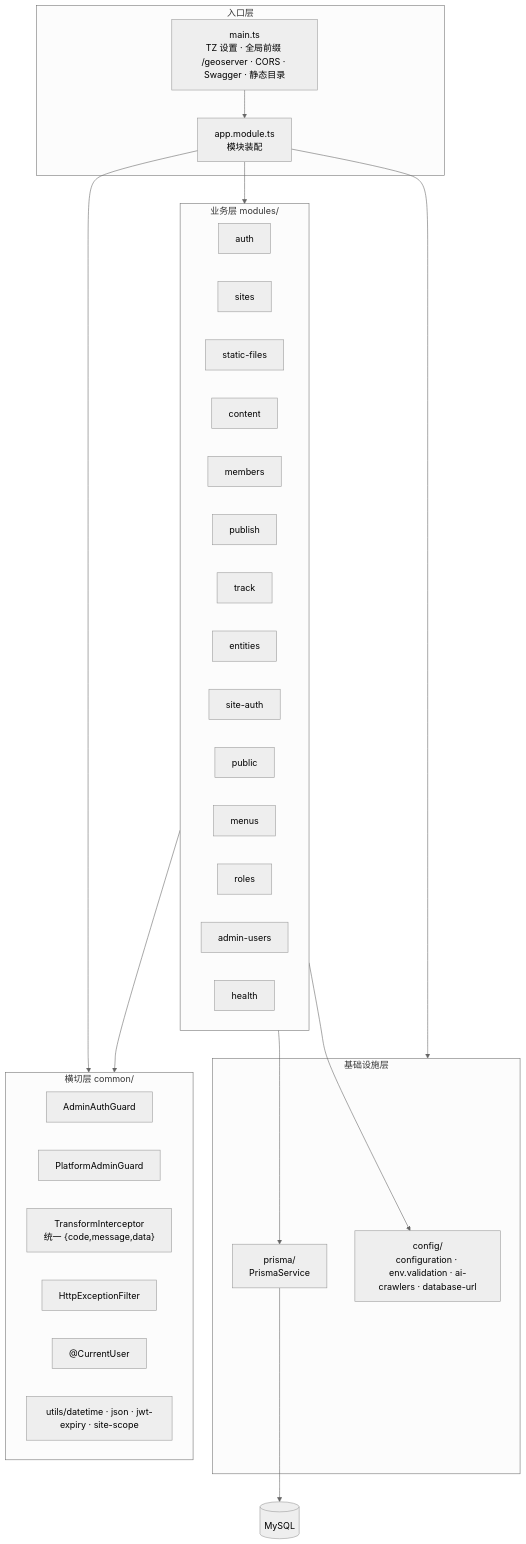
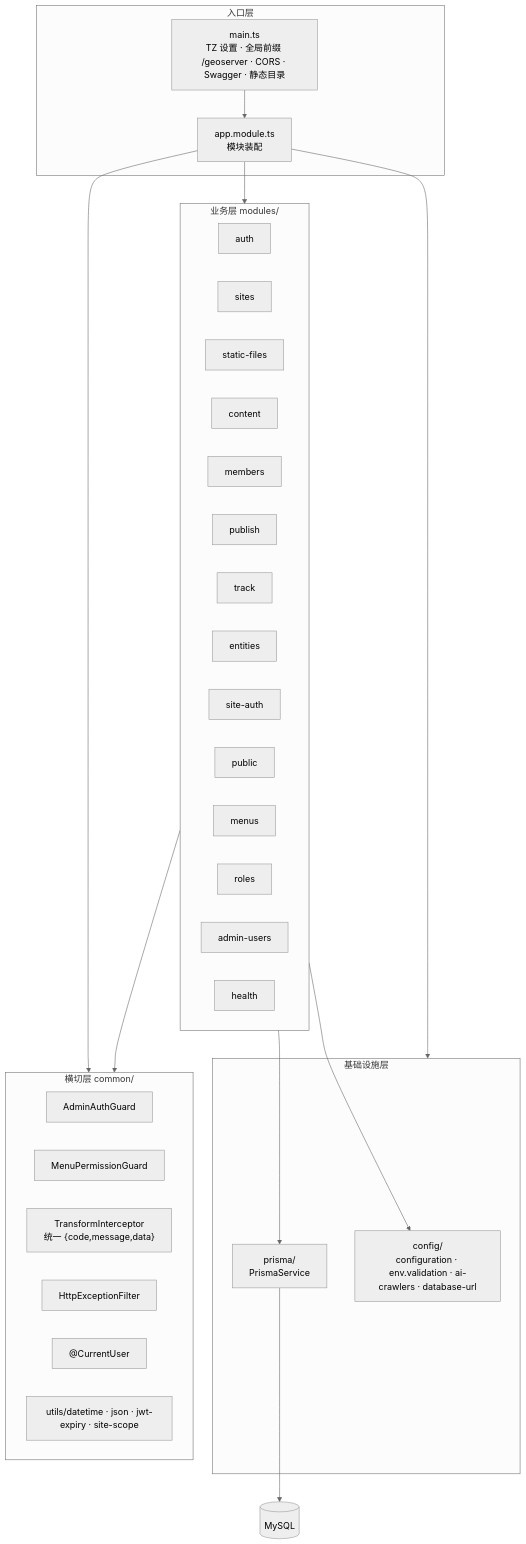
One commit to ht-sauce/trillion-cms-platform changed the first of 2 diagrams in docs/spec/02-server-architecture.md. Above: the diagram before and after it, drawn with Mermaid (neutral theme). The commit also changed other lines of this file and 122 other files, not shown here.

````diff
--- a/docs/spec/02-server-architecture.md
+++ b/docs/spec/02-server-architecture.md
@@ -10,48 +10,48 @@
 ```mermaid
 flowchart TB
   subgraph Entry["入口层"]
     M["main.ts<br/>TZ 设置 · 全局前缀 /geoserver · CORS · Swagger · 静态目录"]
     AM["app.module.ts<br/>模块装配"]
   end
 
   subgraph Cross["横切层 common/"]
     G1["AdminAuthGuard"]
-    G2["PlatformAdminGuard"]
+    G2["MenuPermissionGuard"]
     I1["TransformInterceptor<br/>统一 {code,message,data}"]
     F1["HttpExceptionFilter"]
     D1["@CurrentUser"]
     U1["utils/datetime · json · jwt-expiry · site-scope"]
   end
 
   subgraph Biz["业务层 modules/"]
     B1["auth"]
     B2["sites"]
     B3["static-files"]
     B4["content"]
     B5["members"]
     B6["publish"]
     B7["track"]
     B8["entities"]
     B9["site-auth"]
     B10["public"]
     B11["menus"]
     B12["roles"]
     B13["admin-users"]
     B14["health"]
   end
 
   subgraph Infra["基础设施层"]
     C1["config/<br/>configuration · env.validation · ai-crawlers · database-url"]
     P1["prisma/<br/>PrismaService"]
   end
 
   DB[("MySQL")]
 
   M --> AM
   AM --> Cross
   AM --> Biz
   AM --> Infra
   Biz --> Cross
   Biz --> P1 --> DB
   Biz --> C1
 ```
````
